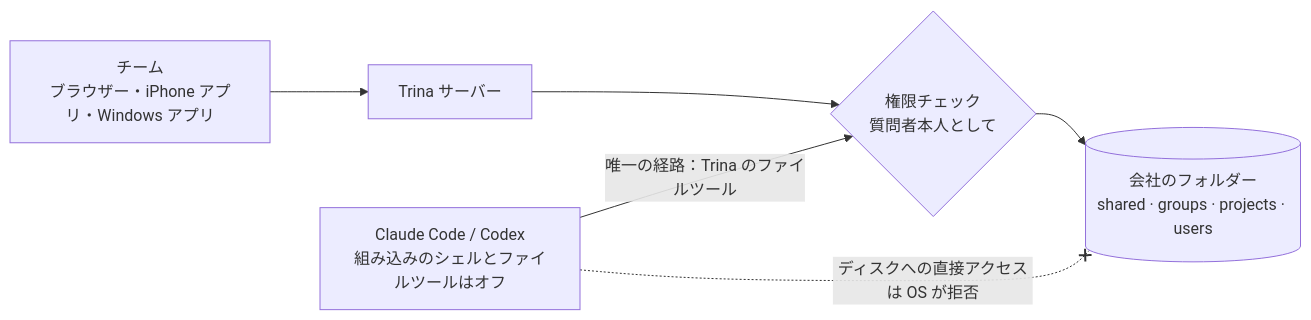
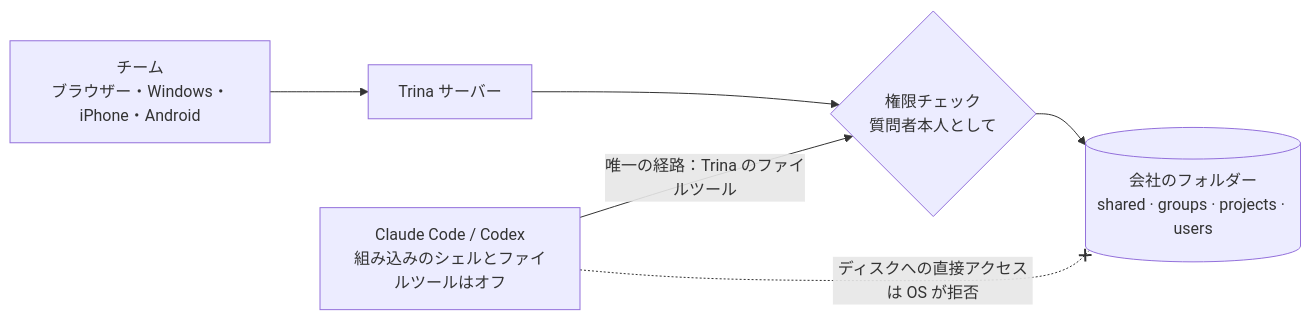
Before and after one commit to trina-app/trina-ax: the diagram in README.ja.md, drawn with Mermaid. The commit also changed other lines of this file and 4 other files, not shown here.

````diff
--- a/README.ja.md
+++ b/README.ja.md
@@ -95,8 +77,8 @@
 ```mermaid
 flowchart LR
-  P["チーム<br/>ブラウザー・iPhone アプリ・Windows アプリ"] --> S["Trina サーバー"]
+  P["チーム<br/>ブラウザー・Windows・iPhone・Android"] --> S["Trina サーバー"]
   E["Claude Code / Codex<br/>組み込みのシェルとファイルツールはオフ"] -->|"唯一の経路：Trina のファイルツール"| C{"権限チェック<br/>質問者本人として"}
   S --> C
   C --> D[("会社のフォルダー<br/>shared · groups · projects · users")]
   E -. "ディスクへの直接アクセスは OS が拒否" .-x D
 ```
````
